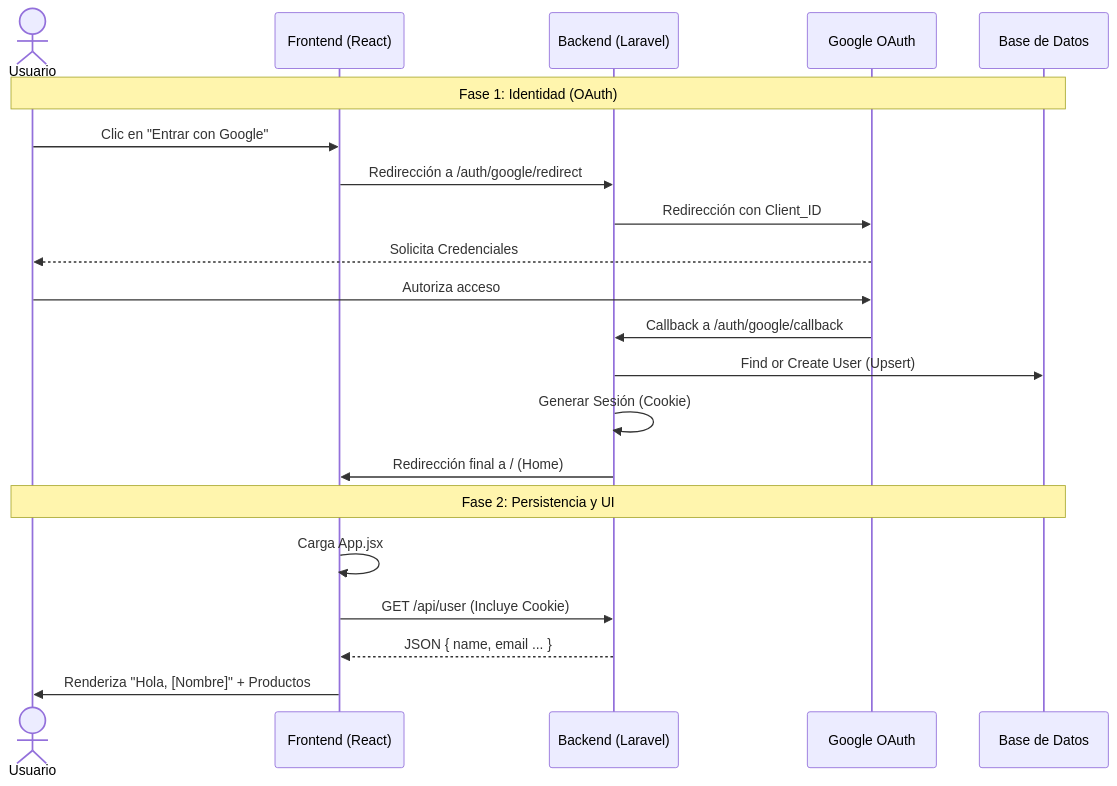
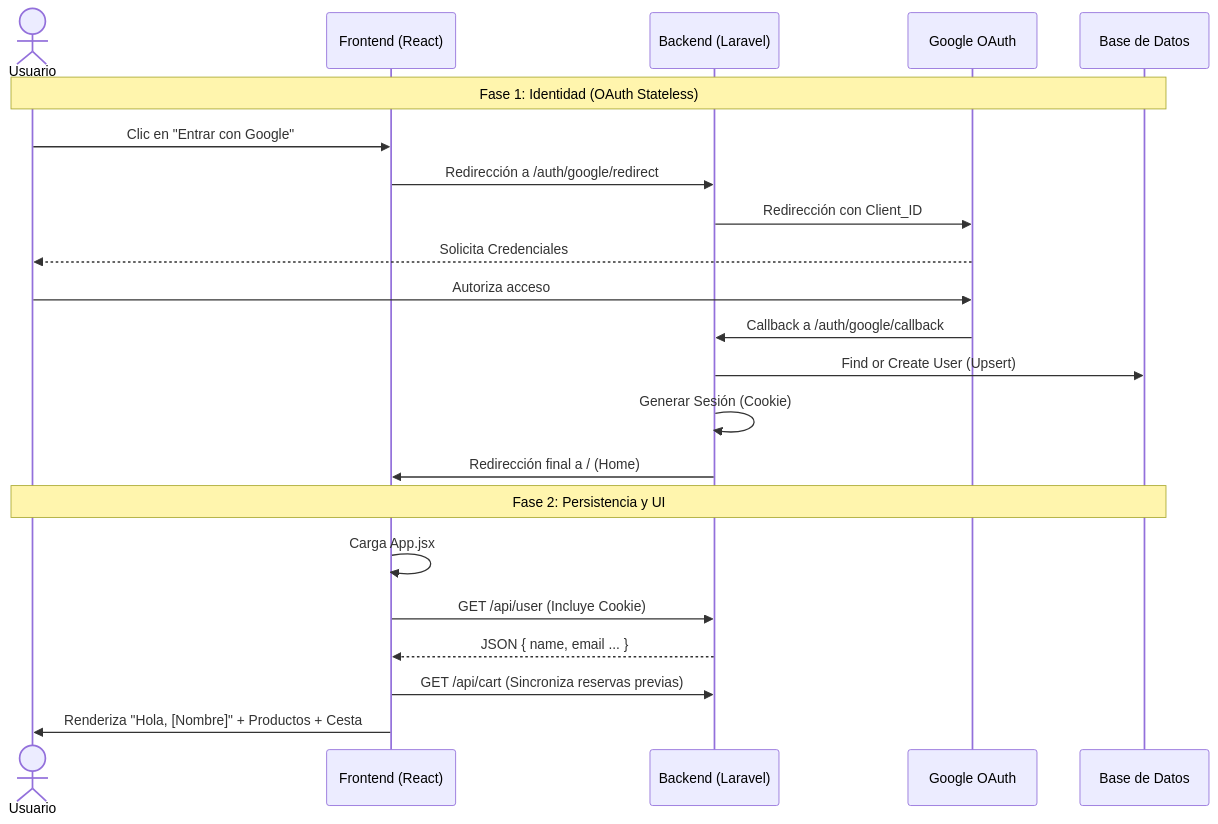
The second of 2 diagrams in README.md (angellopezlinan/aicor-shop-fullstack), drawn with Mermaid before and after one commit. The commit also changed other lines of this file and 11 other files, not shown here.

Commit message:
feat: implementar carrito híbrido con reservas temporales, auth stateless y update del README

````diff
--- a/README.md
+++ b/README.md
@@ -150,25 +168,26 @@
 ```mermaid
 sequenceDiagram
     actor User as Usuario
     participant FE as Frontend (React)
     participant BE as Backend (Laravel)
     participant Google as Google OAuth
     participant DB as Base de Datos
 
-    Note over User, DB: Fase 1: Identidad (OAuth)
+    Note over User, DB: Fase 1: Identidad (OAuth Stateless)
     User->>FE: Clic en "Entrar con Google"
     FE->>BE: Redirección a /auth/google/redirect
     BE->>Google: Redirección con Client_ID
     Google-->>User: Solicita Credenciales
     User->>Google: Autoriza acceso
     Google->>BE: Callback a /auth/google/callback
     BE->>DB: Find or Create User (Upsert)
     BE->>BE: Generar Sesión (Cookie)
     BE->>FE: Redirección final a / (Home)
 
     Note over User, DB: Fase 2: Persistencia y UI
     FE->>FE: Carga App.jsx
     FE->>BE: GET /api/user (Incluye Cookie)
     BE-->>FE: JSON { name, email ... }
-    FE->>User: Renderiza "Hola, [Nombre]" + Productos
+    FE->>BE: GET /api/cart (Sincroniza reservas previas)
+    FE->>User: Renderiza "Hola, [Nombre]" + Productos + Cesta
 ```
````
